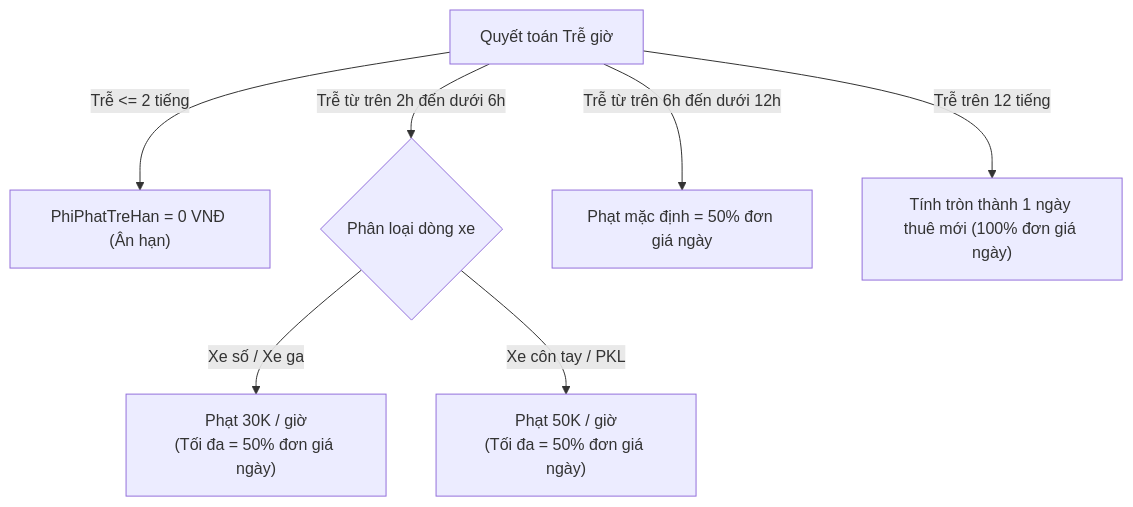
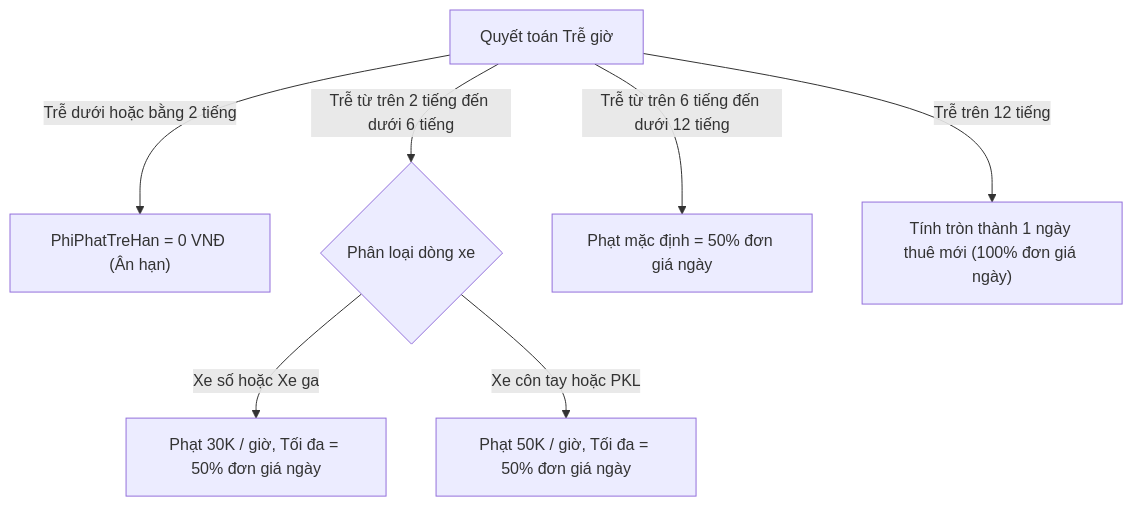
Before and after one commit to Vqd2k6/SAD-UTH: diagram 14 of 16 in docs/BaoCao_DeTaiNhom_PTTKHT.md, drawn with Mermaid. The commit also changed other lines of this file and 1 other file, not shown here.

Commit message:
docs: fix Mermaid syntax errors in decision trees and add missing early return decision tree

````diff
--- a/docs/BaoCao_DeTaiNhom_PTTKHT.md
+++ b/docs/BaoCao_DeTaiNhom_PTTKHT.md
@@ -1807,9 +1817,9 @@
 ```mermaid
 graph TD
-    A["Quyết toán Trễ giờ"] -->|Trễ <= 2 tiếng| B["PhiPhatTreHan = 0 VNĐ (Ân hạn)"]
-    A -->|Trễ từ trên 2h đến dưới 6h| C{"Phân loại dòng xe"}
-    C -->|Xe số / Xe ga| D["Phạt 30K / giờ<br>(Tối đa = 50% đơn giá ngày)"]
-    C -->|Xe côn tay / PKL| E["Phạt 50K / giờ<br>(Tối đa = 50% đơn giá ngày)"]
-    A -->|Trễ từ trên 6h đến dưới 12h| F["Phạt mặc định = 50% đơn giá ngày"]
-    A -->|Trễ trên 12 tiếng| G["Tính tròn thành 1 ngày thuê mới (100% đơn giá ngày)"]
+    A["Quyết toán Trễ giờ"] -->|"Trễ dưới hoặc bằng 2 tiếng"| B["PhiPhatTreHan = 0 VNĐ (Ân hạn)"]
+    A -->|"Trễ từ trên 2 tiếng đến dưới 6 tiếng"| C{"Phân loại dòng xe"}
+    C -->|Xe số hoặc Xe ga| D["Phạt 30K / giờ, Tối đa = 50% đơn giá ngày"]
+    C -->|Xe côn tay hoặc PKL| E["Phạt 50K / giờ, Tối đa = 50% đơn giá ngày"]
+    A -->|"Trễ từ trên 6 tiếng đến dưới 12 tiếng"| F["Phạt mặc định = 50% đơn giá ngày"]
+    A -->|"Trễ trên 12 tiếng"| G["Tính tròn thành 1 ngày thuê mới (100% đơn giá ngày)"]
 ```
````
